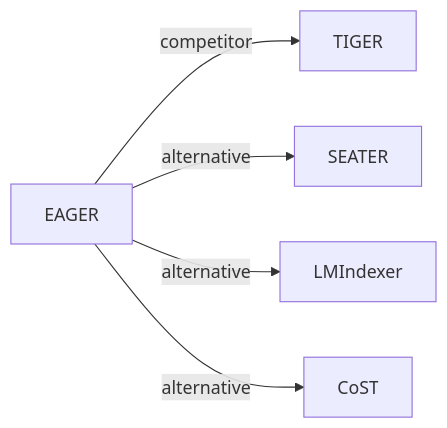
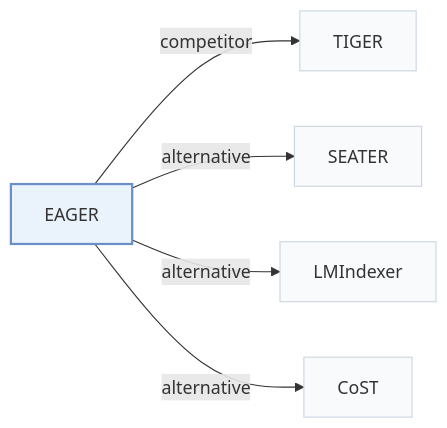
One commit to Galaxy-ghost/Awesome-SID-Generative-Rec changed the third of 3 diagrams in pages/papers/eager.md. Above: the diagram before and after it, drawn with Mermaid. The commit also changed other lines of this file and 649 other files, not shown here.

Commit message:
writer-05: also tags and modality index (schema, check, build, visuals); summary field removed; calibration data for 12 papers

````diff
--- a/pages/papers/eager.md
+++ b/pages/papers/eager.md
@@ -133,8 +155,12 @@
 ```mermaid
 flowchart LR
     P["EAGER"]
-    P -->|competitor| A["TIGER"]
-    P -->|alternative| B["SEATER"]
-    P -->|alternative| C["LMIndexer"]
-    P -->|alternative| D["CoST"]
+    P -->|"competitor"| A["TIGER"]
+    P -->|"alternative"| B["SEATER"]
+    P -->|"alternative"| C["LMIndexer"]
+    P -->|"alternative"| D["CoST"]
+    classDef main fill:#eaf2fb,stroke:#6b8fc7,stroke-width:2px
+    classDef peer fill:#f8fafc,stroke:#cbd5e1
+    class P main
+    class A,B,C,D peer
 ```
````
